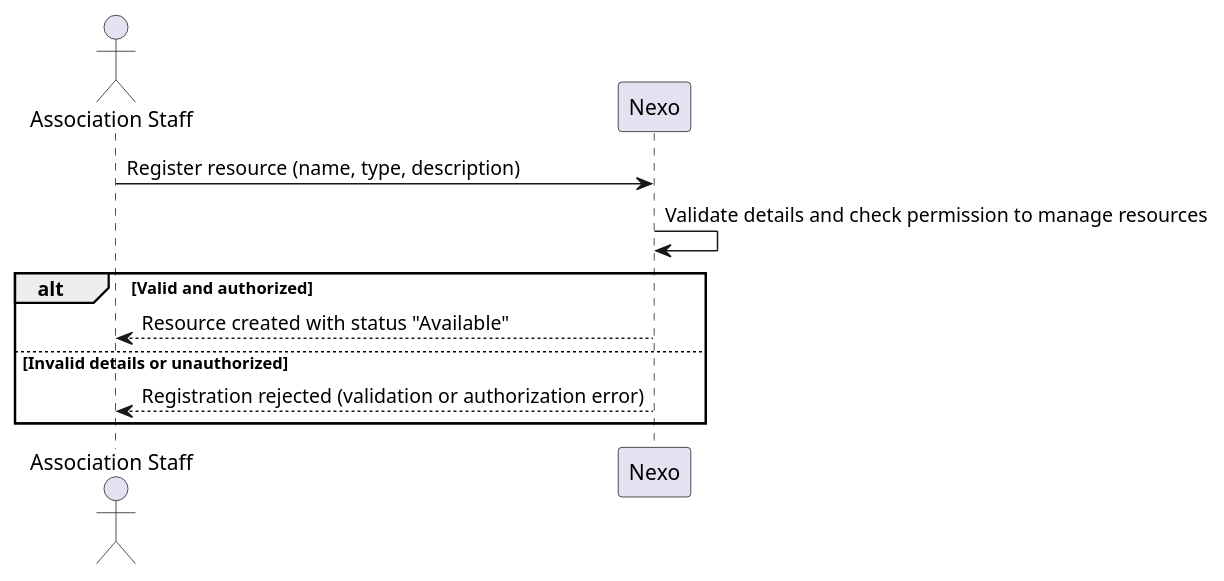
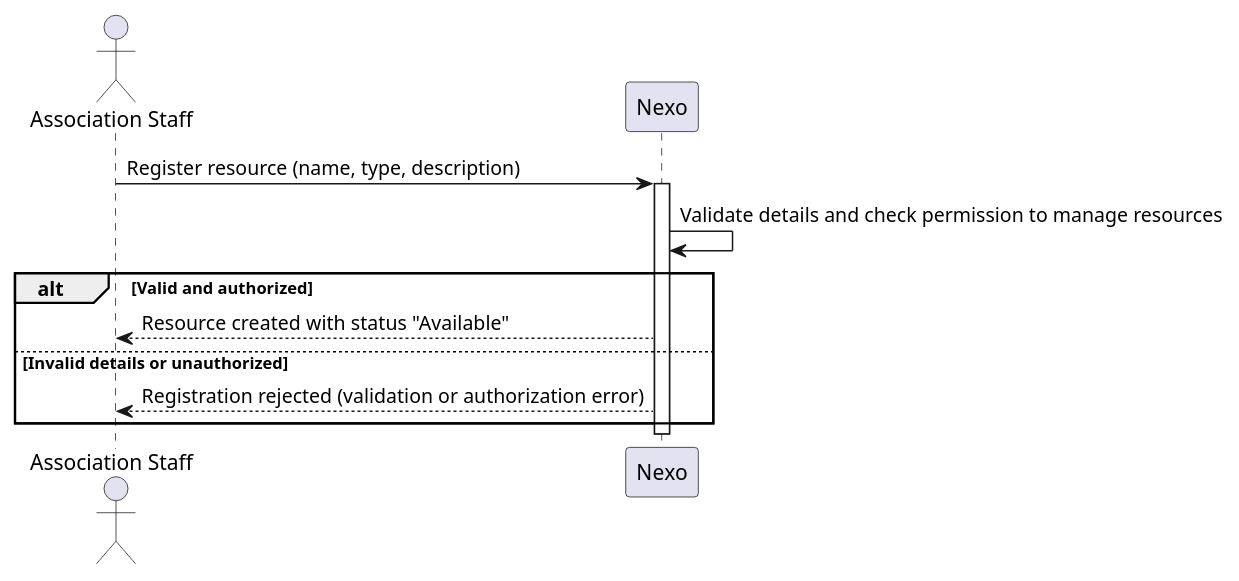
One commit to vscosousa/Nexo changed the diagram in docs/us/US-004/ssd/level-1/puml/US-004-level-1.puml. Above: the diagram before and after it, drawn with PlantUML. The commit also changed 60 other files, not shown here.

Commit message:
Restructure SSD/SD diagrams: activation bars, FE/BE split

```diff
--- a/docs/us/US-004/ssd/level-1/puml/US-004-level-1.puml
+++ b/docs/us/US-004/ssd/level-1/puml/US-004-level-1.puml
@@ -1,11 +1,13 @@
 @startuml
 actor "Association Staff" as Staff
 participant "Nexo" as System
 Staff -> System: Register resource (name, type, description)
+activate System
 System -> System: Validate details and check permission to manage resources
 alt Valid and authorized
     System --> Staff: Resource created with status "Available"
 else Invalid details or unauthorized
     System --> Staff: Registration rejected (validation or authorization error)
 end
+deactivate System
 @enduml
```
